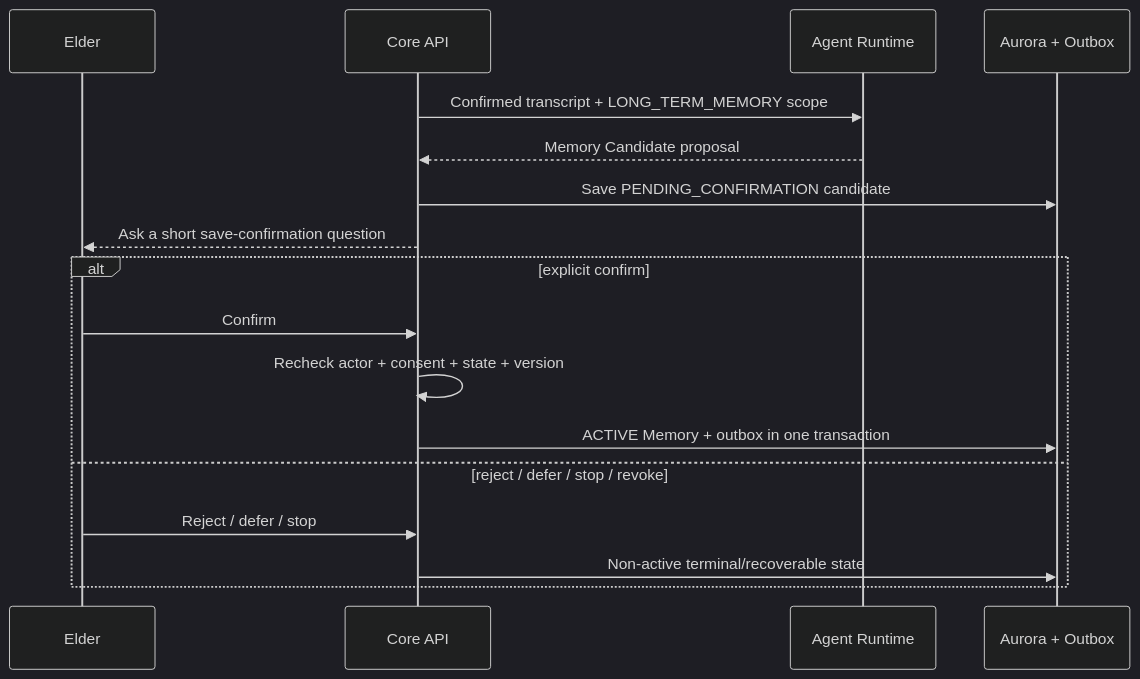
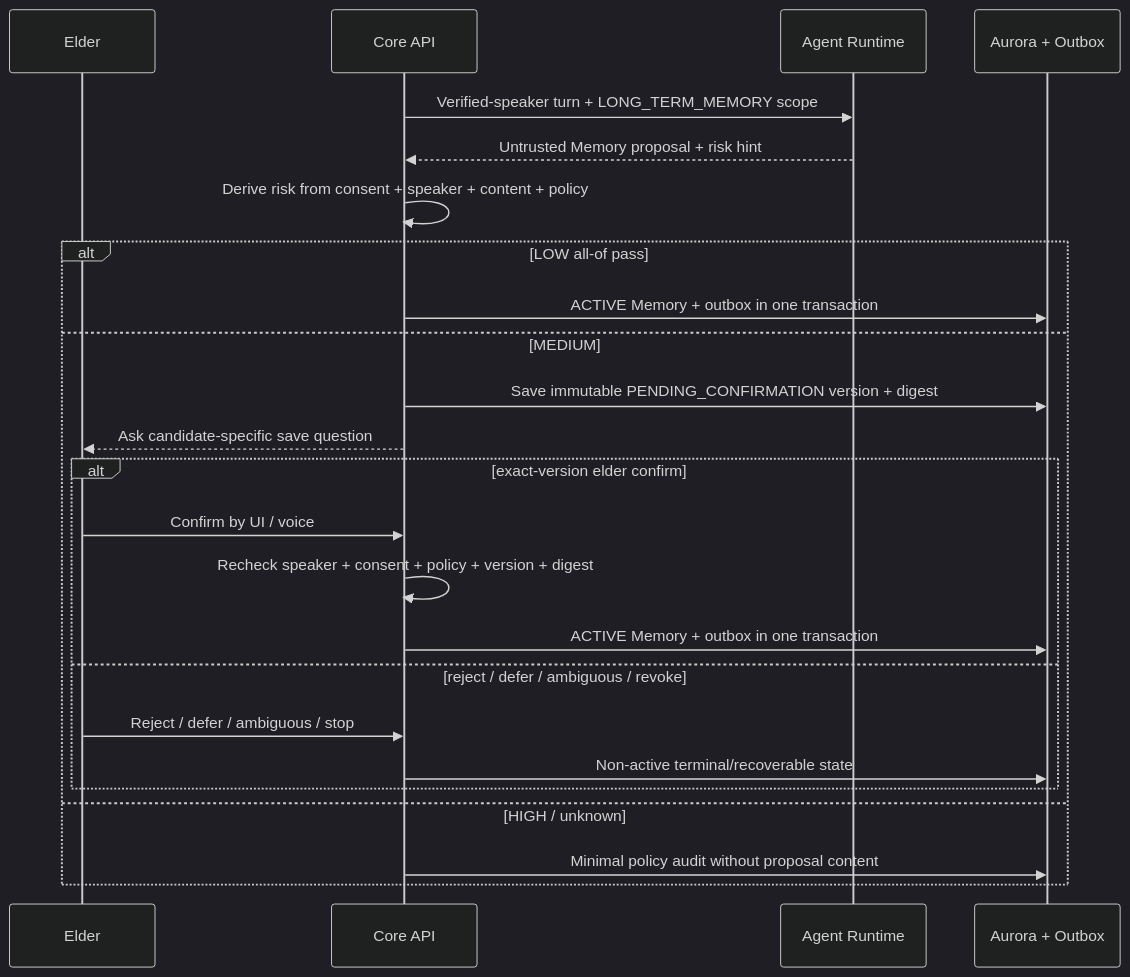
Before and after one commit to 71bk/kinsun.ai-product: the third of 4 diagrams in .kiro/specs/gate-1-agent-vertical-slice/design.md, drawn with Mermaid (dark theme). The commit also changed other lines of this file and 23 other files, not shown here.

Commit message:
docs: define risk-tiered long-term memory policy

````diff
--- a/.kiro/specs/gate-1-agent-vertical-slice/design.md
+++ b/.kiro/specs/gate-1-agent-vertical-slice/design.md
@@ -236,20 +243,27 @@
 ```mermaid
 sequenceDiagram
     participant E as Elder
     participant C as Core API
     participant A as Agent Runtime
     participant DB as Aurora + Outbox
 
-    C->>A: Confirmed transcript + LONG_TERM_MEMORY scope
-    A-->>C: Memory Candidate proposal
-    C->>DB: Save PENDING_CONFIRMATION candidate
-    C-->>E: Ask a short save-confirmation question
-    alt explicit confirm
-        E->>C: Confirm
-        C->>C: Recheck actor + consent + state + version
+    C->>A: Verified-speaker turn + LONG_TERM_MEMORY scope
+    A-->>C: Untrusted Memory proposal + risk hint
+    C->>C: Derive risk from consent + speaker + content + policy
+    alt LOW all-of pass
         C->>DB: ACTIVE Memory + outbox in one transaction
-    else reject / defer / stop / revoke
-        E->>C: Reject / defer / stop
-        C->>DB: Non-active terminal/recoverable state
+    else MEDIUM
+        C->>DB: Save immutable PENDING_CONFIRMATION version + digest
+        C-->>E: Ask candidate-specific save question
+        alt exact-version elder confirm
+            E->>C: Confirm by UI / voice
+            C->>C: Recheck speaker + consent + policy + version + digest
+            C->>DB: ACTIVE Memory + outbox in one transaction
+        else reject / defer / ambiguous / revoke
+            E->>C: Reject / defer / ambiguous / stop
+            C->>DB: Non-active terminal/recoverable state
+        end
+    else HIGH / unknown
+        C->>DB: Minimal policy audit without proposal content
     end
 ```
````
